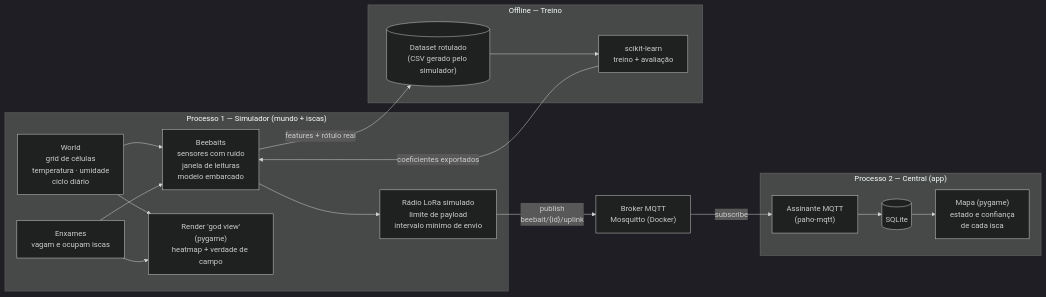
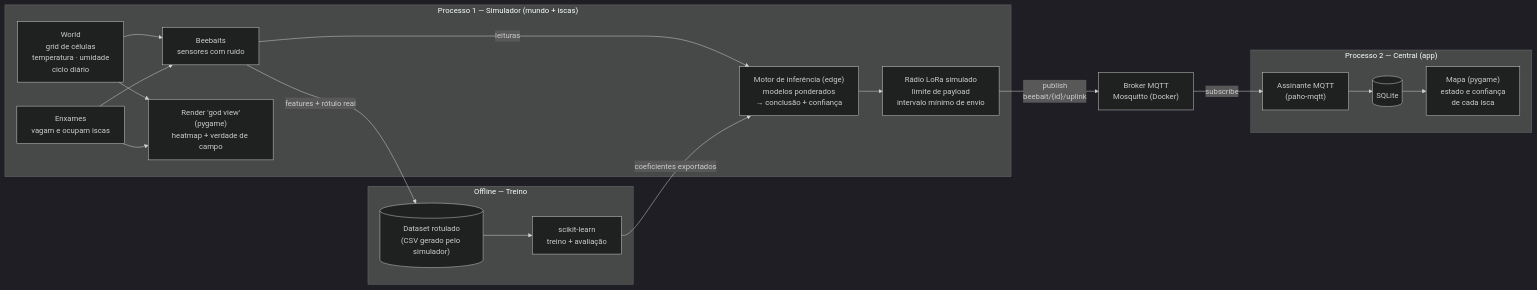
Before and after one commit to ffknob/beebait: the second of 3 diagrams in README.md, drawn with Mermaid (dark theme). The commit also changed other lines of this file and 11 other files, not shown here.

````diff
--- a/README.md
+++ b/README.md
@@ -136,34 +136,36 @@
 ```mermaid
 flowchart LR
     subgraph SIM["Processo 1 — Simulador (mundo + iscas)"]
         W["World<br/>grid de células<br/>temperatura · umidade<br/>ciclo diário"]
         SW["Enxames<br/>vagam e ocupam iscas"]
-        BB["Beebaits<br/>sensores com ruído<br/>janela de leituras<br/>modelo embarcado"]
+        BB["Beebaits<br/>sensores com ruído"]
+        INF["Motor de inferência (edge)<br/>modelos ponderados<br/>→ conclusão + confiança"]
         LORA["Rádio LoRa simulado<br/>limite de payload<br/>intervalo mínimo de envio"]
         GV["Render 'god view'<br/>(pygame)<br/>heatmap + verdade de campo"]
         W --> BB
         SW --> BB
-        BB --> LORA
+        BB -- "leituras" --> INF
+        INF --> LORA
         W --> GV
         SW --> GV
     end
 
     BRK["Broker MQTT<br/>Mosquitto (Docker)"]
 
     subgraph CEN["Processo 2 — Central (app)"]
         SUB["Assinante MQTT<br/>(paho-mqtt)"]
         DB[("SQLite")]
         UI["Mapa (pygame)<br/>estado e confiança<br/>de cada isca"]
         SUB --> DB --> UI
     end
 
     subgraph ML["Offline — Treino"]
         DS[("Dataset rotulado<br/>(CSV gerado pelo simulador)")]
         SK["scikit-learn<br/>treino + avaliação"]
         DS --> SK
     end
 
     LORA -- "publish<br/>beebait/{id}/uplink" --> BRK -- subscribe --> SUB
     BB -- "features + rótulo real" --> DS
-    SK -- "coeficientes exportados" --> BB
+    SK -- "coeficientes exportados" --> INF
 ```
````
